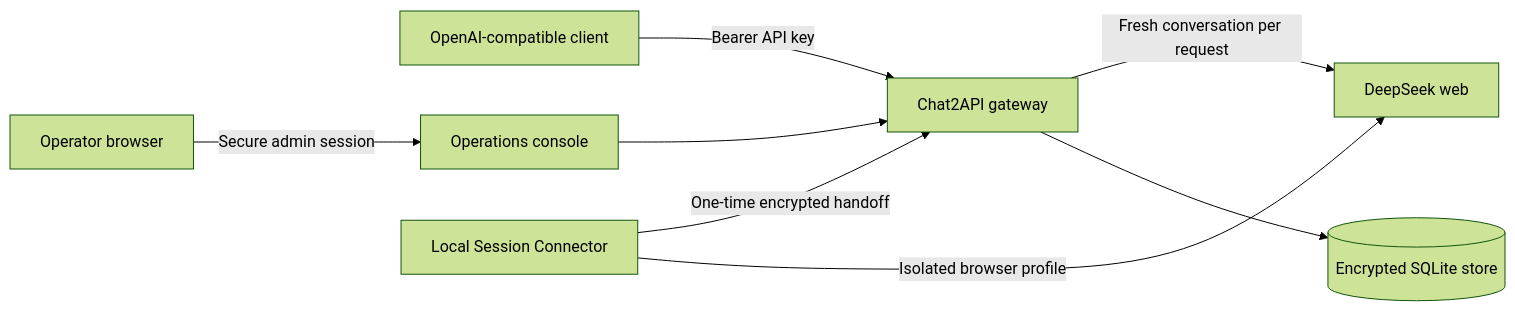
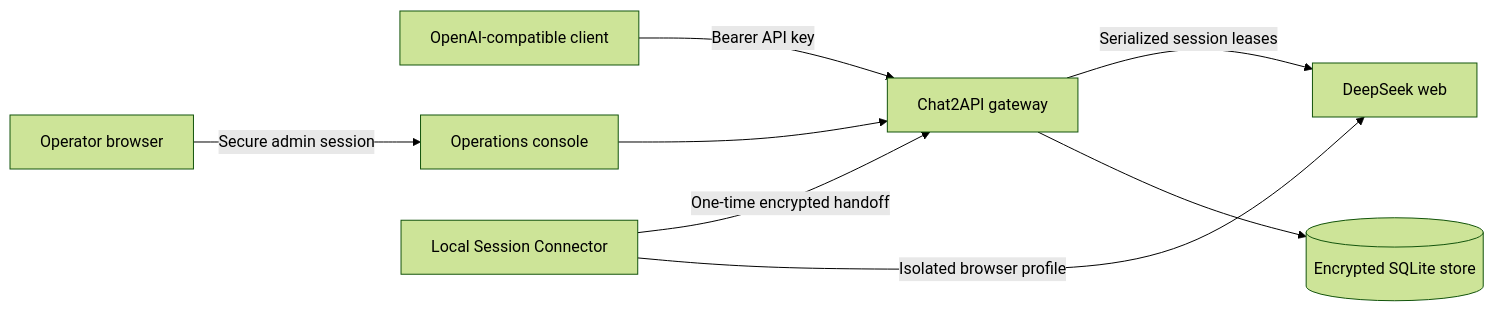
One commit to ibrahimhalilkilicarslan/chat2api-web-gateway changed the diagram in README.md. Above: the diagram before and after it, drawn with Mermaid (forest theme). The commit also changed other lines of this file and 60 other files, not shown here.

````diff
--- a/README.md
+++ b/README.md
@@ -72,10 +72,10 @@
 ```mermaid
 flowchart LR
   Client["OpenAI-compatible client"] -->|Bearer API key| Gateway["Chat2API gateway"]
   Admin["Operator browser"] -->|Secure admin session| Console["Operations console"]
   Console --> Gateway
   Connector["Local Session Connector"] -->|One-time encrypted handoff| Gateway
   Connector -->|Isolated browser profile| DeepSeek["DeepSeek web"]
-  Gateway -->|Fresh conversation per request| DeepSeek
+  Gateway -->|Serialized session leases| DeepSeek
   Gateway --> Store[("Encrypted SQLite store")]
 ```
````
